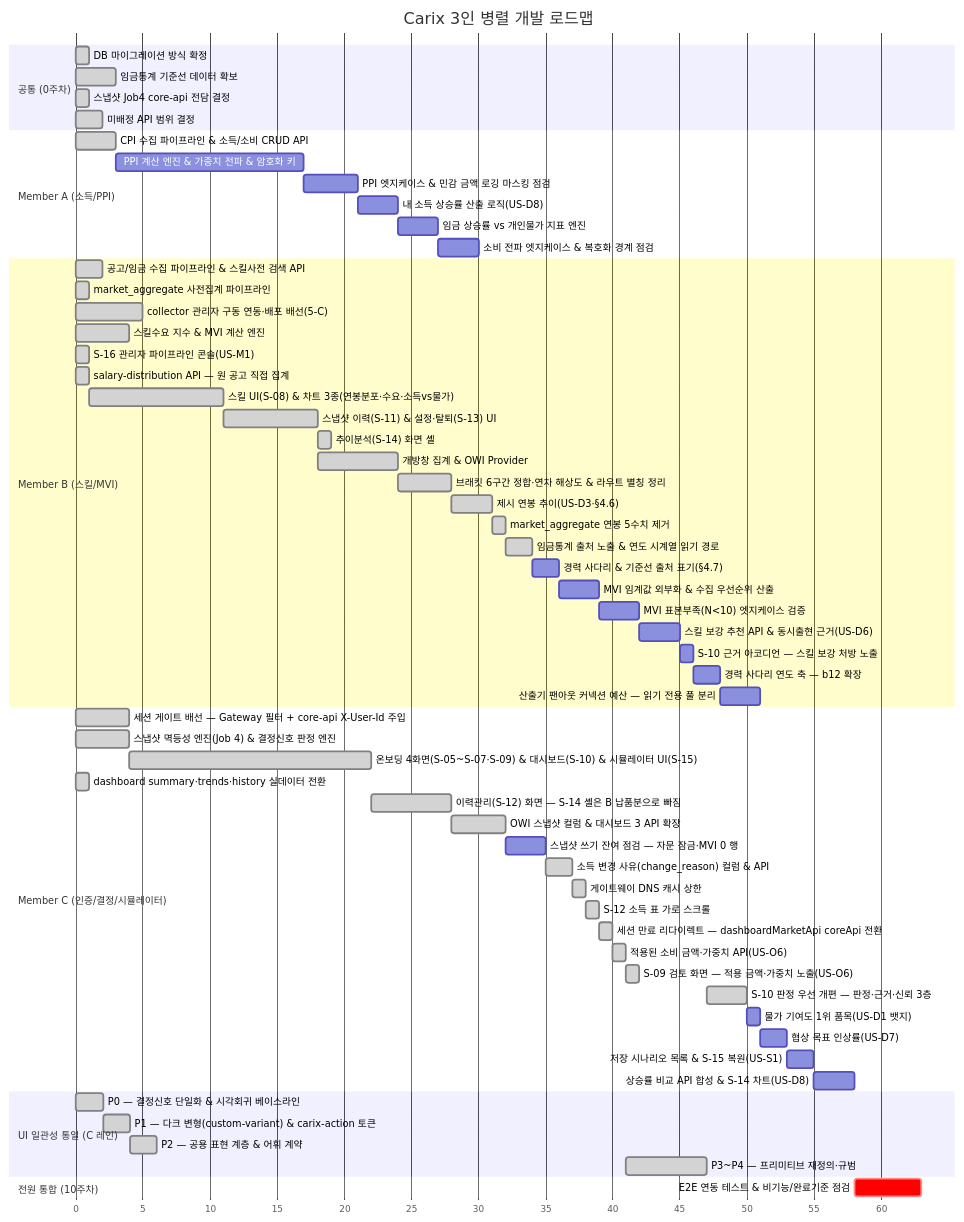
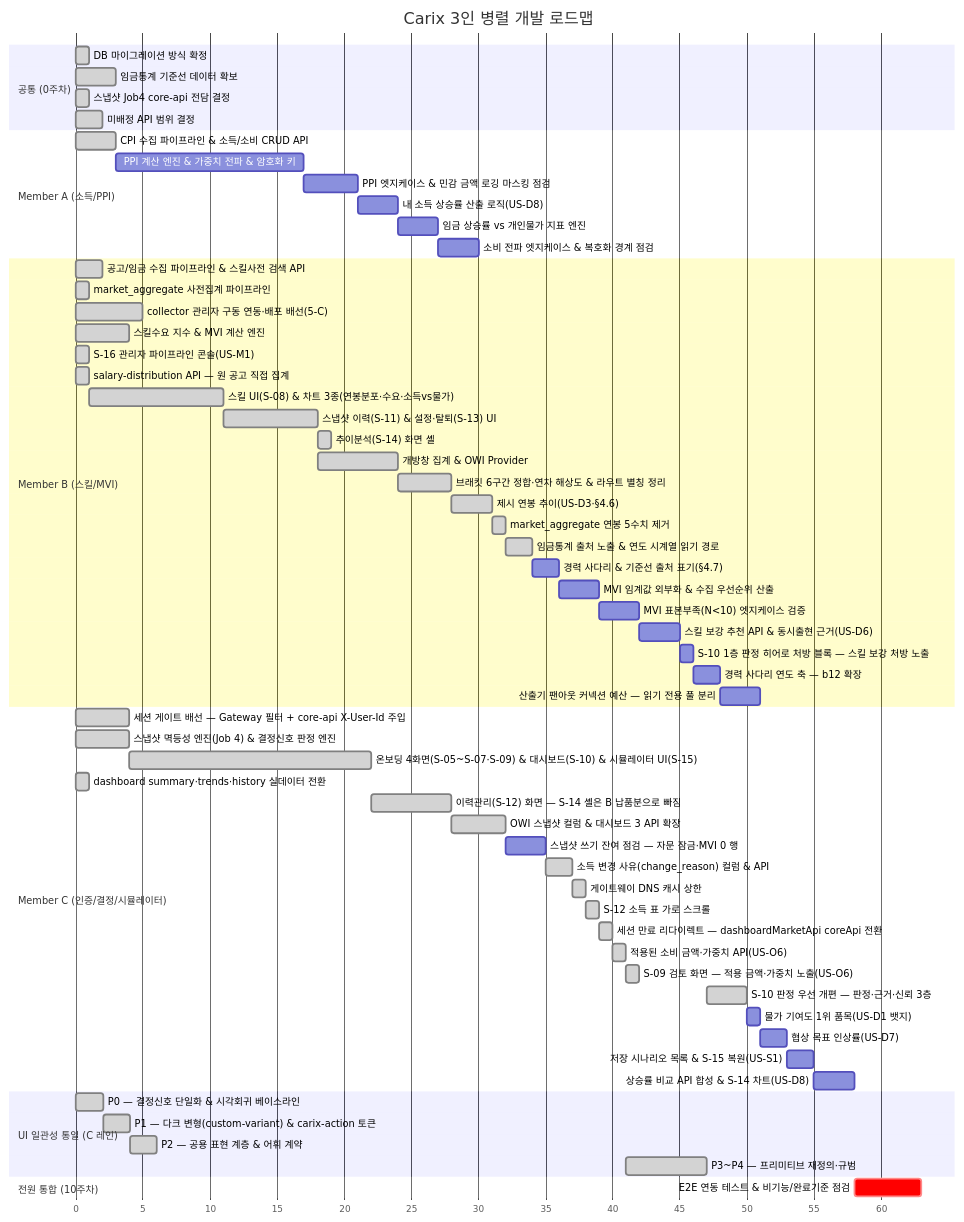
One commit to SeoHyeokGyu/Carix changed the first of 2 diagrams in docs/plans/carix-dev-plan.md. Above: the diagram before and after it, drawn with Mermaid. The commit also changed other lines of this file and 2 other files, not shown here.

````diff
--- a/docs/plans/carix-dev-plan.md
+++ b/docs/plans/carix-dev-plan.md
@@ -89,66 +89,66 @@
 ```mermaid
 gantt
     title Carix 3인 병렬 개발 로드맵
     dateFormat X
     axisFormat %s
     section 공통 (0주차)
     DB 마이그레이션 방식 확정 :done, c0a, 0, 1s
     임금통계 기준선 데이터 확보 :done, a0, 3, 3s
     스냅샷 Job4 core-api 전담 결정 :done, i0, 7, 1s
     미배정 API 범위 결정 :done, c0, 7, 2s
     section Member A (소득/PPI)
     CPI 수집 파이프라인 & 소득/소비 CRUD API :done, a1, 12, 3s
     PPI 계산 엔진 & 가중치 전파 & 암호화 키 :a2, after a1, 14s
     PPI 엣지케이스 & 민감 금액 로깅 마스킹 점검 :a7, after a2, 4s
     내 소득 상승률 산출 로직(US-D8) :a9, after a7, 3s
     임금 상승률 vs 개인물가 지표 엔진 :a10, after a9, 3s
     소비 전파 엣지케이스 & 복호화 경계 점검 :a12, after a10, 3s
     section Member B (스킬/MVI)
     공고/임금 수집 파이프라인 & 스킬사전 검색 API :done, b1, 2, 2s
     market_aggregate 사전집계 파이프라인 :done, b2a, 3, 1s
     collector 관리자 구동 연동·배포 배선(5-C) :done, b0, 7, 5s
     스킬수요 지수 & MVI 계산 엔진 :done, b2, 8, 4s
     S-16 관리자 파이프라인 콘솔(US-M1) :done, b16, 14, 1s
     salary-distribution API — 원 공고 직접 집계 :done, b3a, 15, 1s
     스킬 UI(S-08) & 차트 3종(연봉분포·수요·소득vs물가) :done, b3, after b3a, 10s
     스냅샷 이력(S-11) & 설정·탈퇴(S-13) UI :done, b4, after b3, 7s
     추이분석(S-14) 화면 셸 :done, b4a, after b4, 1s
     개방창 집계 & OWI Provider :done, b6, after b4, 6s
     브래킷 6구간 정합·연차 해상도 & 라우트 별칭 정리 :done, b7, after b6, 4s
     제시 연봉 추이(US-D3·§4.6) :done, b10, after b7, 3s
     market_aggregate 연봉 5수치 제거 :done, b11, after b10, 1s
     임금통계 출처 노출 & 연도 시계열 읽기 경로 :done, b13, after b11, 2s
     경력 사다리 & 기준선 출처 표기(§4.7) :b12, after b13, 2s
     MVI 임계값 외부화 & 수집 우선순위 산출 :b8, after b12, 3s
     MVI 표본부족(N<10) 엣지케이스 검증 :b8a, after b8, 3s
     스킬 보강 추천 API & 동시출현 근거(US-D6) :b9, after b8a, 3s
-    S-10 근거 아코디언 — 스킬 보강 처방 노출 :b15, after b9, 1s
+    S-10 1층 판정 히어로 처방 블록 — 스킬 보강 처방 노출 :b15, after b9, 1s
     경력 사다리 연도 축 — b12 확장 :b14, after b15, 2s
     산출기 팬아웃 커넥션 예산 — 읽기 전용 풀 분리 :b17, after b14, 3s
     section Member C (인증/결정/시뮬레이터)
     세션 게이트 배선 — Gateway 필터 + core-api X-User-Id 주입 :done, c0b, 7, 4s
     스냅샷 멱등성 엔진(Job 4) & 결정신호 판정 엔진 :done, c2, 8, 4s
     온보딩 4화면(S-05~S-07·S-09) & 대시보드(S-10) & 시뮬레이터 UI(S-15) :done, c3, after c2, 18s
     dashboard summary·trends·history 실데이터 전환 :done, c4a, 15, 1s
     이력관리(S-12) 화면 — S-14 셸은 B 납품분으로 빠짐 :done, c4, after c3, 6s
     OWI 스냅샷 컬럼 & 대시보드 3 API 확장 :done, c6, after c4, 4s
     스냅샷 쓰기 잔여 점검 — 자문 잠금·MVI 0 행 :c5, after c6, 3s
     소득 변경 사유(change_reason) 컬럼 & API :done, c10, after c5, 2s
     게이트웨이 DNS 캐시 상한 :done, c7, after c10, 1s
     S-12 소득 표 가로 스크롤 :done, c13, after c7, 1s
     세션 만료 리다이렉트 — dashboardMarketApi coreApi 전환 :done, c16, after c13, 1s
     적용된 소비 금액·가중치 API(US-O6) :done, c11, after c16, 1s
     S-09 검토 화면 — 적용 금액·가중치 노출(US-O6) :done, c17, after c11, 1s
     S-10 판정 우선 개편 — 판정·근거·신뢰 3층 :done, c15, after ui3, 3s
     물가 기여도 1위 품목(US-D1 뱃지) :c12, after c15, 1s
     협상 목표 인상률(US-D7) :c8, after c12, 2s
     저장 시나리오 목록 & S-15 복원(US-S1) :c9, after c8, 2s
     상승률 비교 API 합성 & S-14 차트(US-D8) :c14, after c9 a9 a10 b13, 3s
     section UI 일관성 통일 (C 레인)
     P0 — 결정신호 단일화 & 시각회귀 베이스라인 :done, ui0, 33, 2s
     P1 — 다크 변형(custom-variant) & carix-action 토큰 :done, ui1, after ui0, 2s
     P2 — 공용 표현 계층 & 어휘 계약 :done, ui2, after ui1, 2s
     P3~P4 — 프리미티브 재정의·규범 :done, ui3, after c11, 6s
     section 전원 통합 (10주차)
     E2E 연동 테스트 & 비기능/완료기준 점검 :crit, e2e, after a12 b14 c14, 5s
 ```
````
